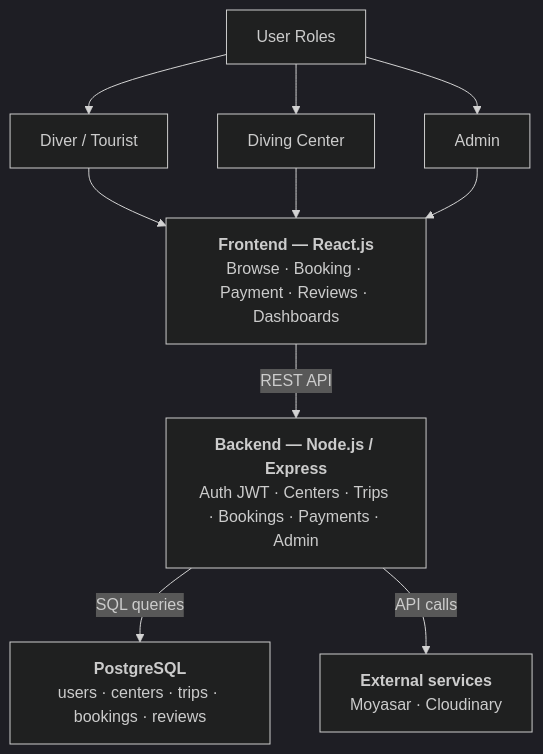
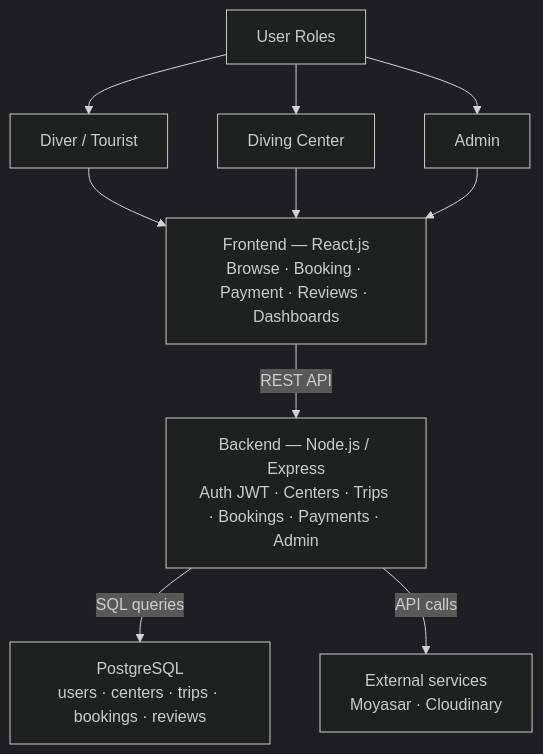
The first of 6 diagrams in stage3/README.md (laradreamer79/Portfolio-Project), drawn with Mermaid (dark theme) before and after one commit.

Commit message:
revert: restore architecture diagram to match main branch

````diff
--- a/stage3/README.md
+++ b/stage3/README.md
@@ -81,25 +81,29 @@
 ```mermaid
 flowchart TB
     Roles[User Roles]
 
     Roles --> actor1[Diver / Tourist]
     Roles --> actor2[Diving Center]
     Roles --> actor3[Admin]
 
     actor1 --> FE
     actor2 --> FE
     actor3 --> FE
 
-    FE["<b>Frontend — React.js</b><br/>Browse · Booking · Payment · Reviews · Dashboards"]
+    FE["Frontend — React.js
+Browse · Booking · Payment · Reviews · Dashboards"]
 
     FE -->|REST API| BE
 
-    BE["<b>Backend — Node.js / Express</b><br/>Auth JWT · Centers · Trips · Bookings · Payments · Admin"]
+    BE["Backend — Node.js / Express
+Auth JWT · Centers · Trips · Bookings · Payments · Admin"]
 
     BE -->|SQL queries| DB
     BE -->|API calls| EXT
 
-    DB["<b>PostgreSQL</b><br/>users · centers · trips · bookings · reviews"]
+    DB["PostgreSQL
+users · centers · trips · bookings · reviews"]
 
-    EXT["<b>External services</b><br/>Moyasar · Cloudinary"]
+    EXT["External services
+Moyasar · Cloudinary"]
 ```
````
